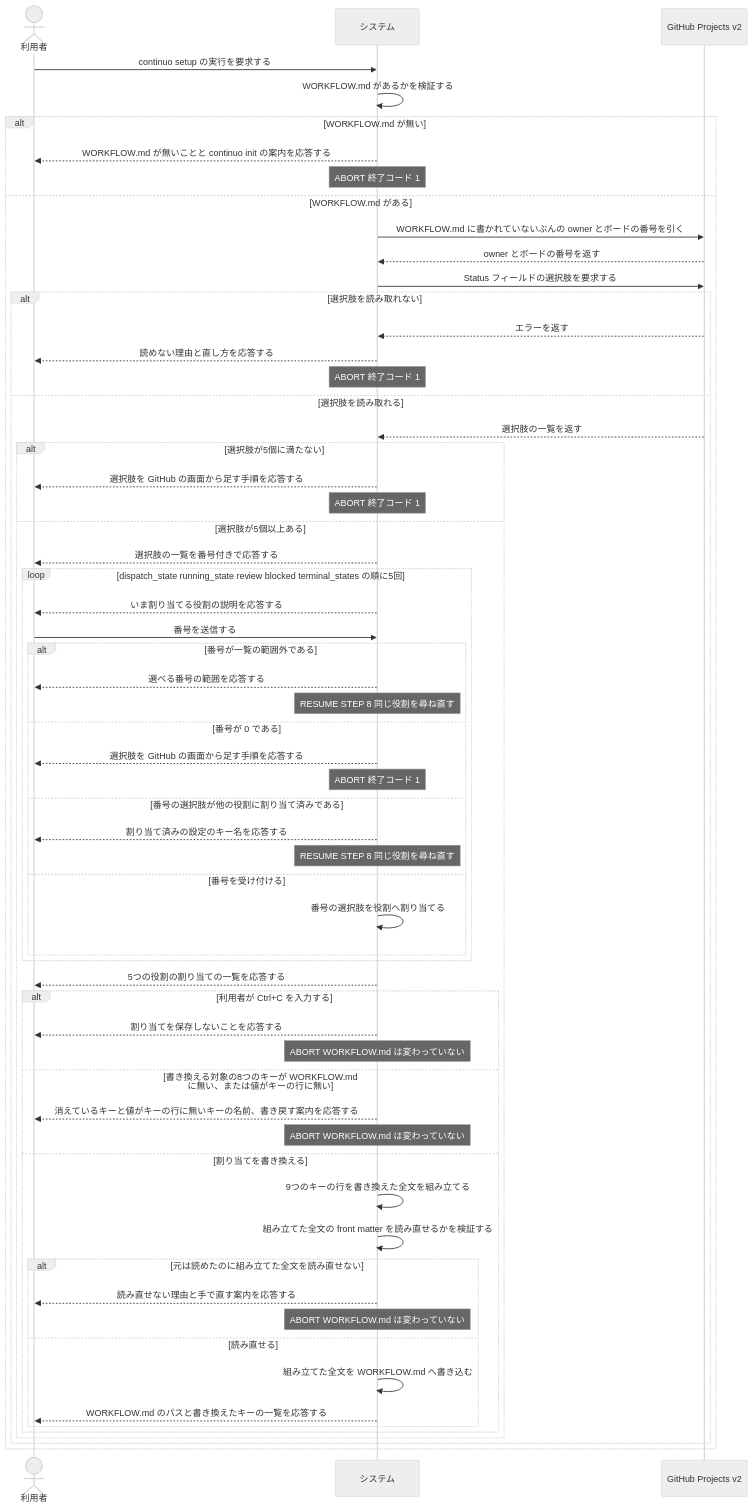
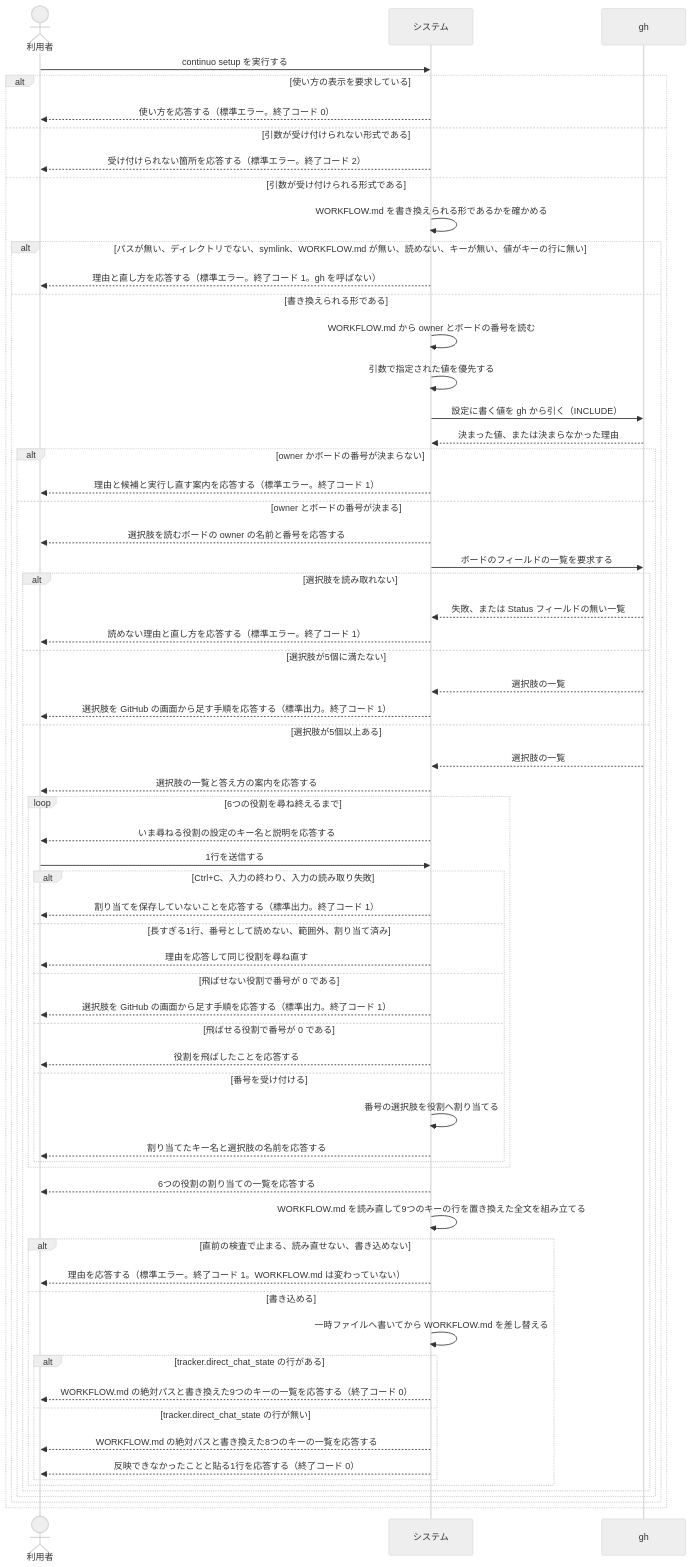
Before and after one commit to maimuzo/continuo: the second of 2 diagrams in docs/spec/usecases/particular_case/既存のボードの Status を割り当てる.rucm.md, drawn with Mermaid (neutral theme). The commit also changed other lines of this file and 122 other files, not shown here.

````diff
--- a/docs/spec/usecases/particular_case/既存のボードの Status を割り当てる.rucm.md
+++ b/docs/spec/usecases/particular_case/既存のボードの Status を割り当てる.rucm.md
@@ -276,64 +577,68 @@
 ```mermaid
 sequenceDiagram
     actor User as 利用者
     participant Sys as システム
-    participant GH as GitHub Projects v2
+    participant GH as gh
 
-    User->>Sys: continuo setup の実行を要求する
-    Sys->>Sys: WORKFLOW.md があるかを検証する
-    alt WORKFLOW.md が無い
-        Sys-->>User: WORKFLOW.md が無いことと continuo init の案内を応答する
-        Note over Sys: ABORT 終了コード 1
-    else WORKFLOW.md がある
-        Sys->>GH: WORKFLOW.md に書かれていないぶんの owner とボードの番号を引く
-        GH-->>Sys: owner とボードの番号を返す
-        Sys->>GH: Status フィールドの選択肢を要求する
-        alt 選択肢を読み取れない
-            GH-->>Sys: エラーを返す
-            Sys-->>User: 読めない理由と直し方を応答する
-            Note over Sys: ABORT 終了コード 1
-        else 選択肢を読み取れる
-            GH-->>Sys: 選択肢の一覧を返す
-            alt 選択肢が5個に満たない
-                Sys-->>User: 選択肢を GitHub の画面から足す手順を応答する
-                Note over Sys: ABORT 終了コード 1
-            else 選択肢が5個以上ある
-                Sys-->>User: 選択肢の一覧を番号付きで応答する
-                loop dispatch_state running_state review blocked terminal_states の順に5回
-                    Sys-->>User: いま割り当てる役割の説明を応答する
-                    User->>Sys: 番号を送信する
-                    alt 番号が一覧の範囲外である
-                        Sys-->>User: 選べる番号の範囲を応答する
-                        Note over Sys: RESUME STEP 8 同じ役割を尋ね直す
-                    else 番号が 0 である
-                        Sys-->>User: 選択肢を GitHub の画面から足す手順を応答する
-                        Note over Sys: ABORT 終了コード 1
-                    else 番号の選択肢が他の役割に割り当て済みである
-                        Sys-->>User: 割り当て済みの設定のキー名を応答する
-                        Note over Sys: RESUME STEP 8 同じ役割を尋ね直す
-                    else 番号を受け付ける
-                        Sys->>Sys: 番号の選択肢を役割へ割り当てる
+    User->>Sys: continuo setup を実行する
+    alt 使い方の表示を要求している
+        Sys-->>User: 使い方を応答する（標準エラー。終了コード 0）
+    else 引数が受け付けられない形式である
+        Sys-->>User: 受け付けられない箇所を応答する（標準エラー。終了コード 2）
+    else 引数が受け付けられる形式である
+        Sys->>Sys: WORKFLOW.md を書き換えられる形であるかを確かめる
+        alt パスが無い、ディレクトリでない、symlink、WORKFLOW.md が無い、読めない、キーが無い、値がキーの行に無い
+            Sys-->>User: 理由と直し方を応答する（標準エラー。終了コード 1。gh を呼ばない）
+        else 書き換えられる形である
+            Sys->>Sys: WORKFLOW.md から owner とボードの番号を読む
+            Sys->>Sys: 引数で指定された値を優先する
+            Sys->>GH: 設定に書く値を gh から引く（INCLUDE）
+            GH-->>Sys: 決まった値、または決まらなかった理由
+            alt owner かボードの番号が決まらない
+                Sys-->>User: 理由と候補と実行し直す案内を応答する（標準エラー。終了コード 1）
+            else owner とボードの番号が決まる
+                Sys-->>User: 選択肢を読むボードの owner の名前と番号を応答する
+                Sys->>GH: ボードのフィールドの一覧を要求する
+                alt 選択肢を読み取れない
+                    GH-->>Sys: 失敗、または Status フィールドの無い一覧
+                    Sys-->>User: 読めない理由と直し方を応答する（標準エラー。終了コード 1）
+                else 選択肢が5個に満たない
+                    GH-->>Sys: 選択肢の一覧
+                    Sys-->>User: 選択肢を GitHub の画面から足す手順を応答する（標準出力。終了コード 1）
+                else 選択肢が5個以上ある
+                    GH-->>Sys: 選択肢の一覧
+                    Sys-->>User: 選択肢の一覧と答え方の案内を応答する
+                    loop 6つの役割を尋ね終えるまで
+                        Sys-->>User: いま尋ねる役割の設定のキー名と説明を応答する
+                        User->>Sys: 1行を送信する
+                        alt Ctrl+C、入力の終わり、入力の読み取り失敗
+                            Sys-->>User: 割り当てを保存していないことを応答する（標準出力。終了コード 1）
+                        else 長すぎる1行、番号として読めない、範囲外、割り当て済み
+                            Sys-->>User: 理由を応答して同じ役割を尋ね直す
+                        else 飛ばせない役割で番号が 0 である
+                            Sys-->>User: 選択肢を GitHub の画面から足す手順を応答する（標準出力。終了コード 1）
+                        else 飛ばせる役割で番号が 0 である
+                            Sys-->>User: 役割を飛ばしたことを応答する
+                        else 番号を受け付ける
+                            Sys->>Sys: 番号の選択肢を役割へ割り当てる
+                            Sys-->>User: 割り当てたキー名と選択肢の名前を応答する
+                        end
                     end
-                end
-                Sys-->>User: 5つの役割の割り当ての一覧を応答する
-                alt 利用者が Ctrl+C を入力する
-                    Sys-->>User: 割り当てを保存しないことを応答する
-                    Note over Sys: ABORT WORKFLOW.md は変わっていない
-                else 書き換える対象の8つのキーが WORKFLOW.md に無い、または値がキーの行に無い
-                    Sys-->>User: 消えているキーと値がキーの行に無いキーの名前、書き戻す案内を応答する
-                    Note over Sys: ABORT WORKFLOW.md は変わっていない
-                else 割り当てを書き換える
-                    Sys->>Sys: 9つのキーの行を書き換えた全文を組み立てる
-                    Sys->>Sys: 組み立てた全文の front matter を読み直せるかを検証する
-                    alt 元は読めたのに組み立てた全文を読み直せない
-                        Sys-->>User: 読み直せない理由と手で直す案内を応答する
-                        Note over Sys: ABORT WORKFLOW.md は変わっていない
-                    else 読み直せる
-                        Sys->>Sys: 組み立てた全文を WORKFLOW.md へ書き込む
-                        Sys-->>User: WORKFLOW.md のパスと書き換えたキーの一覧を応答する
+                    Sys-->>User: 6つの役割の割り当ての一覧を応答する
+                    Sys->>Sys: WORKFLOW.md を読み直して9つのキーの行を置き換えた全文を組み立てる
+                    alt 直前の検査で止まる、読み直せない、書き込めない
+                        Sys-->>User: 理由を応答する（標準エラー。終了コード 1。WORKFLOW.md は変わっていない）
+                    else 書き込める
+                        Sys->>Sys: 一時ファイルへ書いてから WORKFLOW.md を差し替える
+                        alt tracker.direct_chat_state の行がある
+                            Sys-->>User: WORKFLOW.md の絶対パスと書き換えた9つのキーの一覧を応答する（終了コード 0）
+                        else tracker.direct_chat_state の行が無い
+                            Sys-->>User: WORKFLOW.md の絶対パスと書き換えた8つのキーの一覧を応答する
+                            Sys-->>User: 反映できなかったことと貼る1行を応答する（終了コード 0）
+                        end
                     end
                 end
             end
         end
     end
 ```
````
